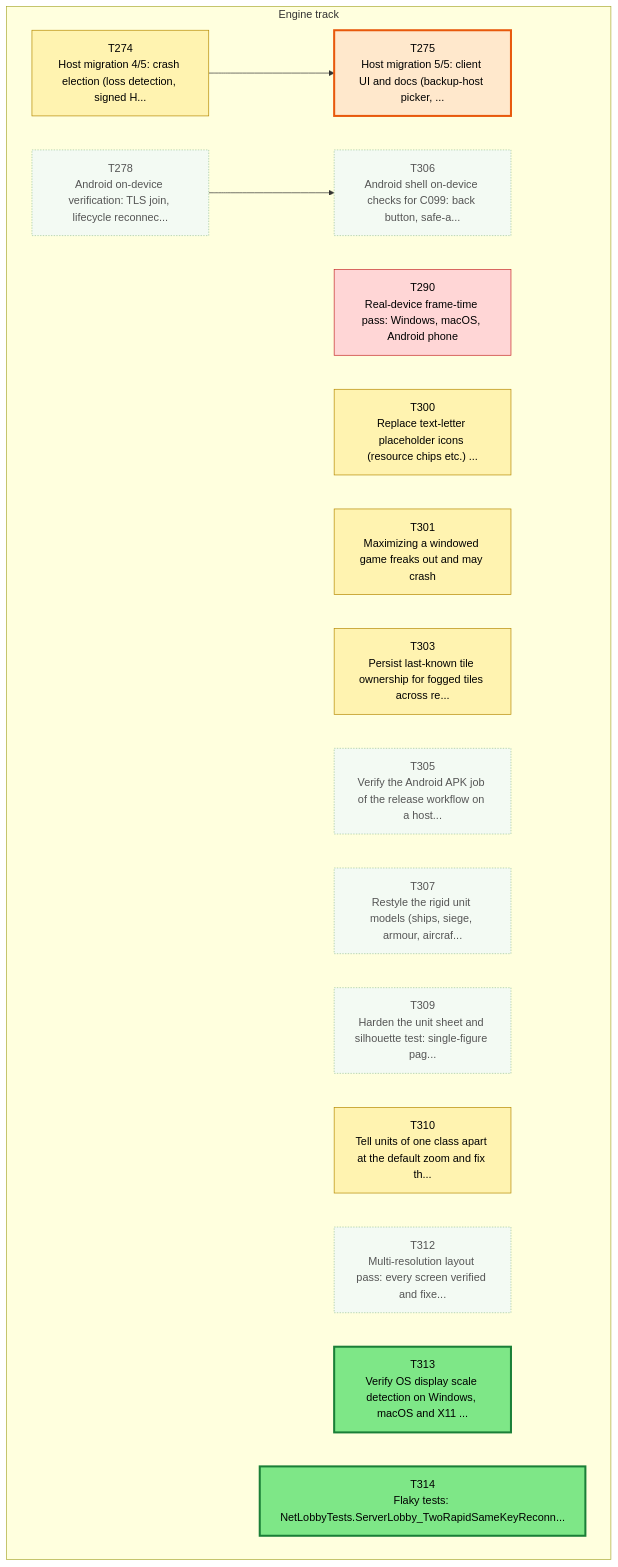
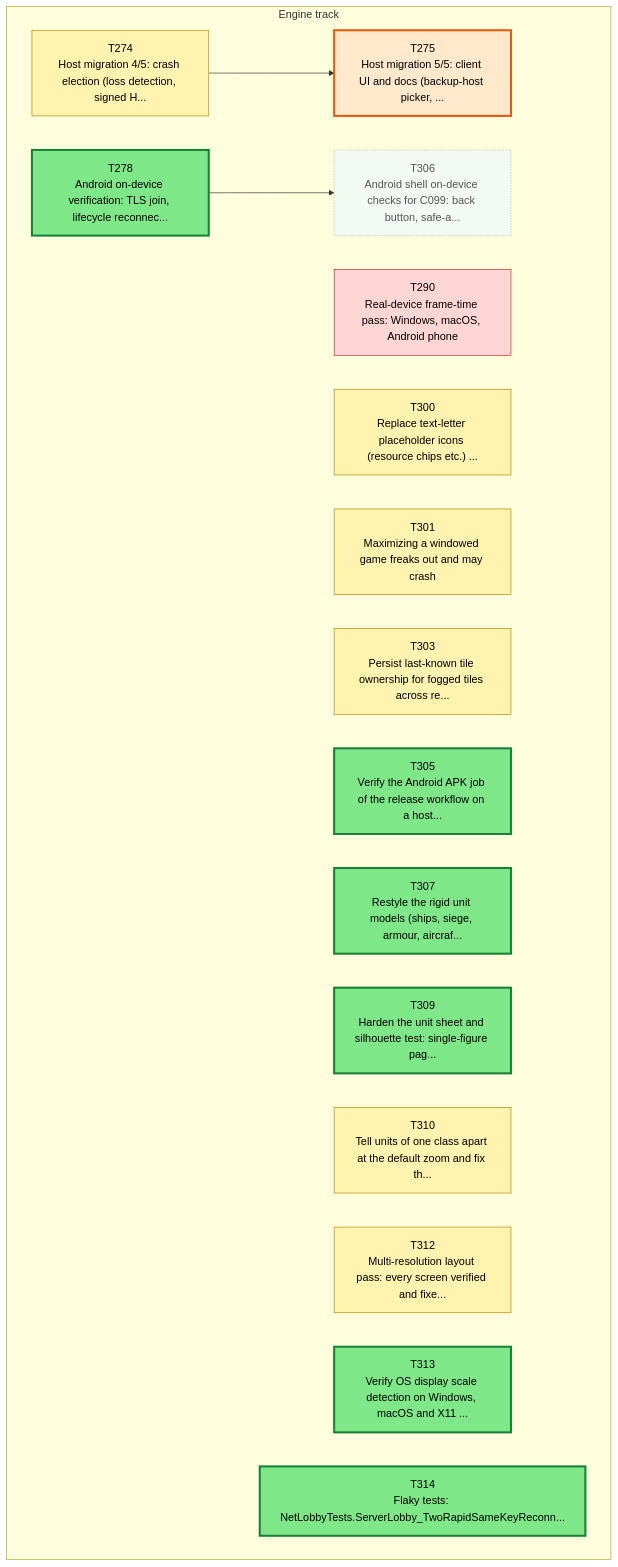
Before and after one commit to Kenmura/Unciv: the first of 3 diagrams in csharp/migration/DEPENDENCY_MAP.md, drawn with Mermaid. The commit also changed other lines of this file and 1 other file, not shown here.

````diff
--- a/csharp/migration/DEPENDENCY_MAP.md
+++ b/csharp/migration/DEPENDENCY_MAP.md
@@ -35,44 +35,44 @@
 ```mermaid
 flowchart TD
   subgraph TTRACK["Engine track"]
     T274["T274<br/>Host migration 4/5: crash election (loss detection, signed H..."]
     T275["T275<br/>Host migration 5/5: client UI and docs (backup-host picker, ..."]
     T278["T278<br/>Android on-device verification: TLS join, lifecycle reconnec..."]
     T290["T290<br/>Real-device frame-time pass: Windows, macOS, Android phone"]
     T300["T300<br/>Replace text-letter placeholder icons (resource chips etc.) ..."]
     T301["T301<br/>Maximizing a windowed game freaks out and may crash"]
     T303["T303<br/>Persist last-known tile ownership for fogged tiles across re..."]
     T305["T305<br/>Verify the Android APK job of the release workflow on a host..."]
     T306["T306<br/>Android shell on-device checks for C099: back button, safe-a..."]
     T307["T307<br/>Restyle the rigid unit models (ships, siege, armour, aircraf..."]
     T309["T309<br/>Harden the unit sheet and silhouette test: single-figure pag..."]
     T310["T310<br/>Tell units of one class apart at the default zoom and fix th..."]
     T312["T312<br/>Multi-resolution layout pass: every screen verified and fixe..."]
     T313["T313<br/>Verify OS display scale detection on Windows, macOS and X11 ..."]
     T314["T314<br/>Flaky tests: NetLobbyTests.ServerLobby_TwoRapidSameKeyReconn..."]
   end
   T274 --> T275
   T278 --> T306
   classDef waiting fill:#f3faf3,stroke:#9bc49b,color:#555,stroke-dasharray:2 2
   classDef ondeck fill:#ffe8cc,stroke:#e8590c,stroke-width:3px,color:#000
   classDef ready fill:#7ee787,stroke:#1a7f37,stroke-width:3px,color:#000
   classDef prog fill:#fff3b0,stroke:#b58900,color:#000
   classDef review fill:#cfe4ff,stroke:#1f6feb,color:#000
   classDef blocked fill:#ffd6d6,stroke:#c62828,color:#000
   classDef done fill:#eeeeee,stroke:#999999,color:#666,stroke-dasharray:4 3
   class T274 prog
   class T275 ondeck
-  class T278 waiting
+  class T278 ready
   class T290 blocked
   class T300 prog
   class T301 prog
   class T303 prog
-  class T305 waiting
+  class T305 ready
   class T306 waiting
-  class T307 waiting
-  class T309 waiting
+  class T307 ready
+  class T309 ready
   class T310 prog
-  class T312 waiting
+  class T312 prog
   class T313 ready
   class T314 ready
 ```
````
